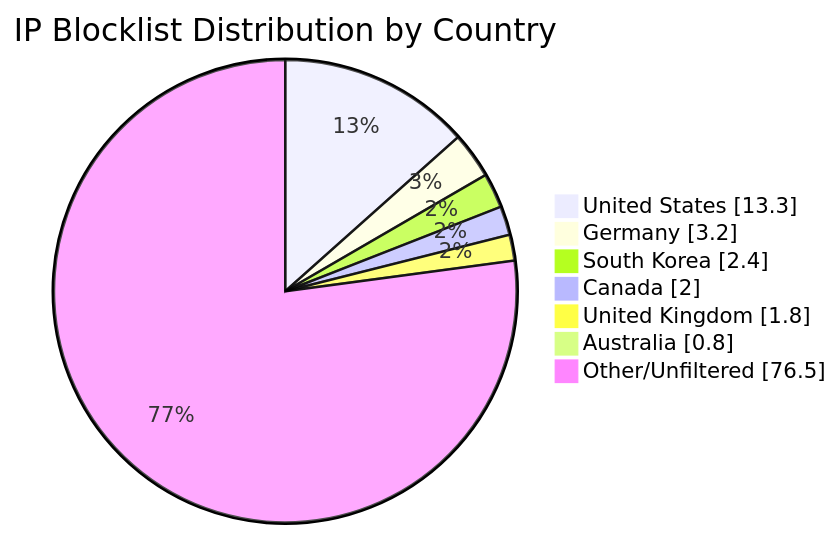
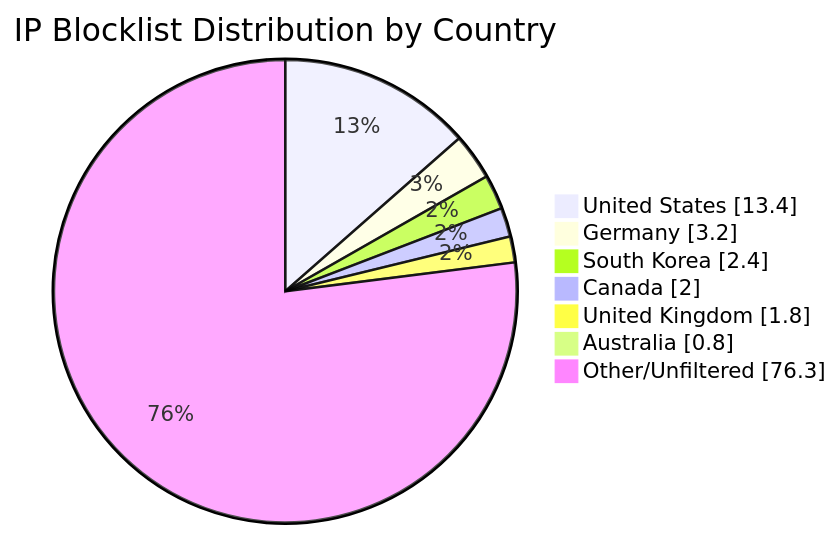
The diagram in README.md (MarcusHoltz/ipblocklist-geofiltered-aggregator), drawn with Mermaid before and after one commit. The commit also changed other lines of this file and 9 other files, not shown here.

````diff
--- a/README.md
+++ b/README.md
@@ -34,10 +34,10 @@
 ```mermaid
 pie showData title IP Blocklist Distribution by Country
-"United States" : 13.3
+"United States" : 13.4
 "Germany" : 3.2
 "South Korea" : 2.4
 "Canada" : 2.0
 "United Kingdom" : 1.8
 "Australia" : 0.8
-"Other/Unfiltered" : 76.5
+"Other/Unfiltered" : 76.3
 ```
````
